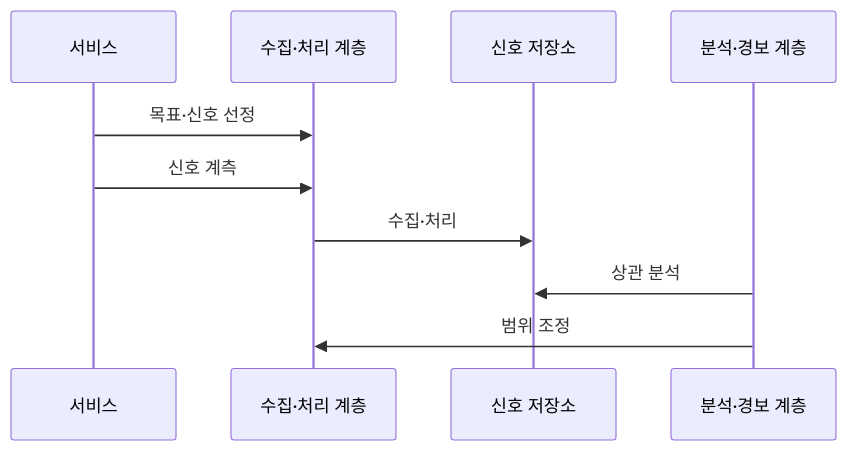
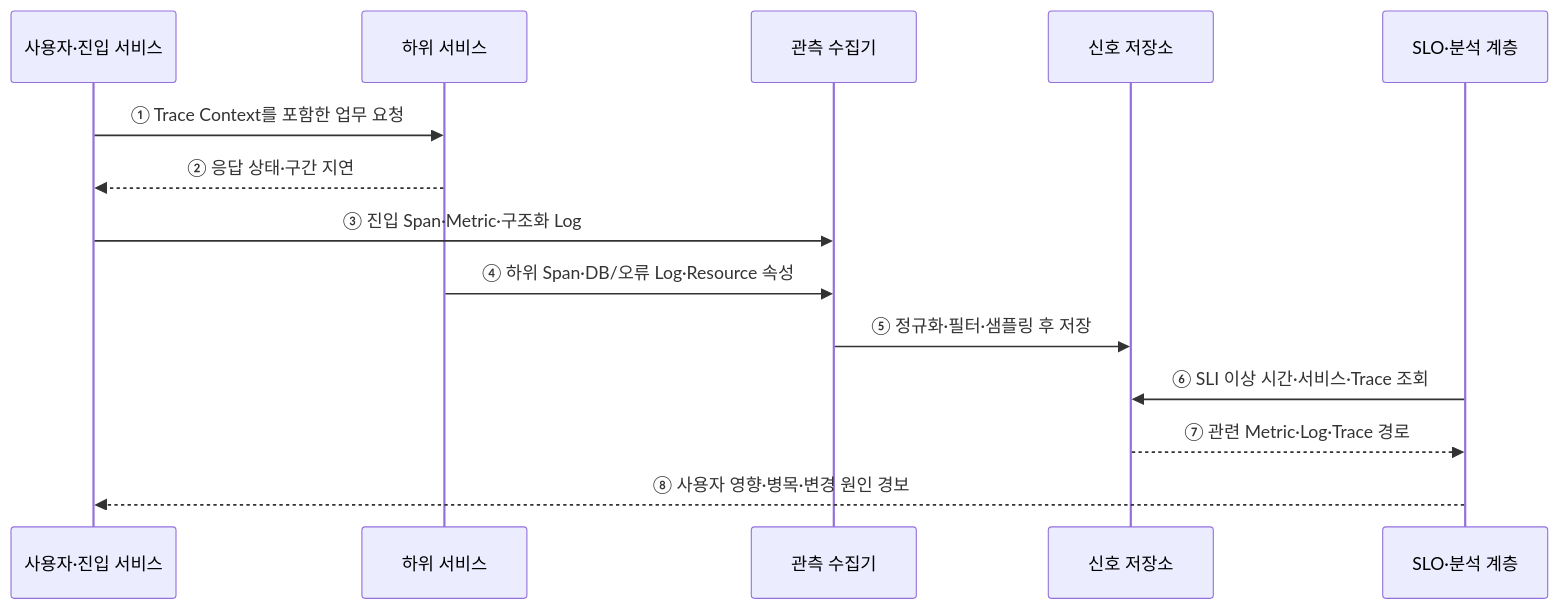
Before and after one commit to agnusdei1207/knowledge-base: the second of 2 diagrams in src/content/docs/notes/03-software/161_cloud_native_observability.md, drawn with Mermaid. The commit also changed other lines of this file and 20 other files, not shown here.

````diff
--- a/src/content/docs/notes/03-software/161_cloud_native_observability.md
+++ b/src/content/docs/notes/03-software/161_cloud_native_observability.md
@@ -78,12 +70,16 @@
 ```mermaid
 sequenceDiagram
-    participant S as 서비스
-    participant C as 수집·처리 계층
-    participant D as 신호 저장소
-    participant A as 분석·경보 계층
-    S->>C: 목표·신호 선정
-    S->>C: 신호 계측
-    C->>D: 수집·처리
-    A->>D: 상관 분석
-    A->>C: 범위 조정
+    participant U as 사용자·진입 서비스
+    participant D as 하위 서비스
+    participant C as 관측 수집기
+    participant S as 신호 저장소
+    participant A as SLO·분석 계층
+    U->>D: ① Trace Context를 포함한 업무 요청
+    D-->>U: ② 응답 상태·구간 지연
+    U->>C: ③ 진입 Span·Metric·구조화 Log
+    D->>C: ④ 하위 Span·DB/오류 Log·Resource 속성
+    C->>S: ⑤ 정규화·필터·샘플링 후 저장
+    A->>S: ⑥ SLI 이상 시간·서비스·Trace 조회
+    S-->>A: ⑦ 관련 Metric·Log·Trace 경로
+    A-->>U: ⑧ 사용자 영향·병목·변경 원인 경보
 ```
````
